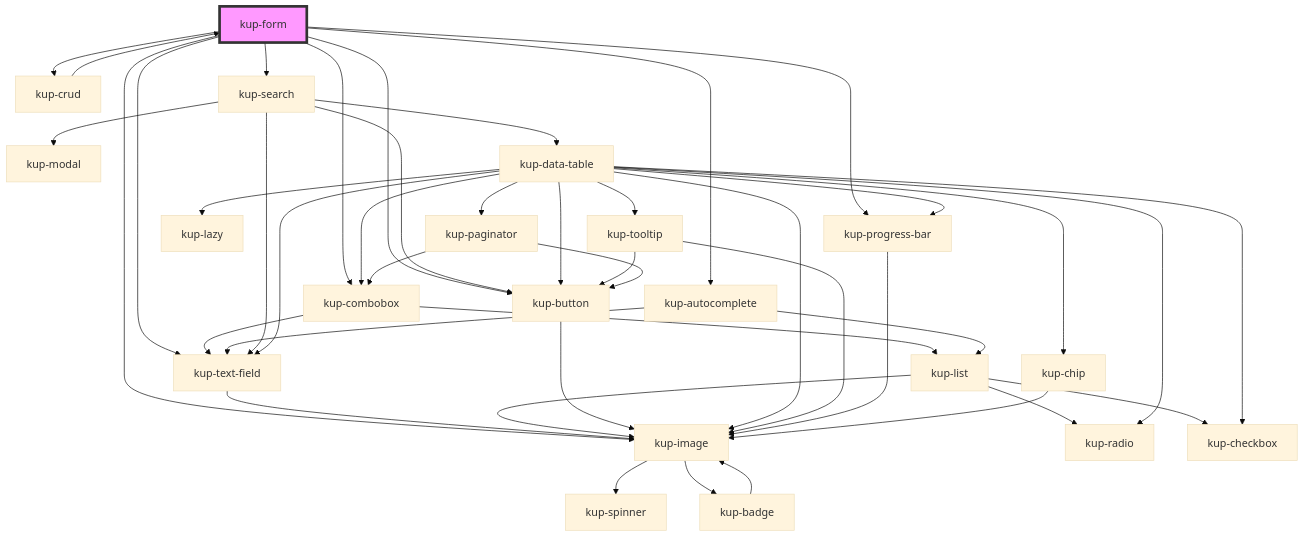
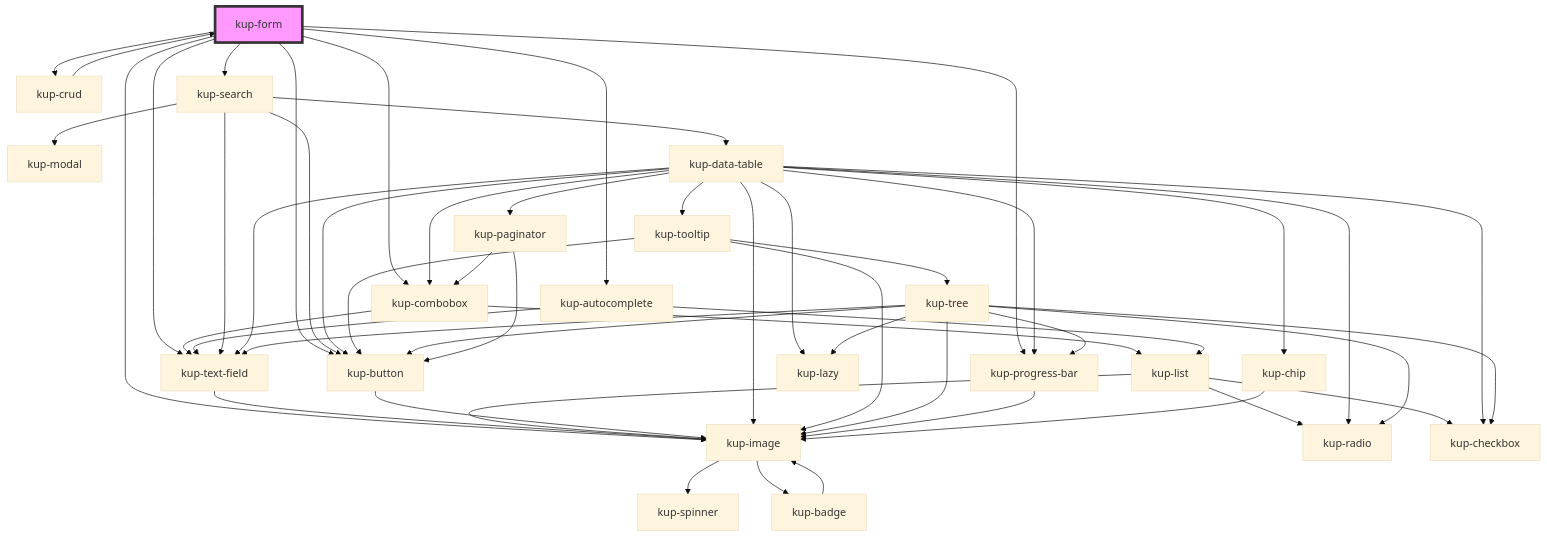
The diagram in packages/ketchup/src/components/kup-form/readme.md (smeup/ketchup), drawn with Mermaid (base theme) before and after one commit. The commit also changed 10 other files, not shown here.

Commit message:
kup-tooltip: managed one component for data table, manage showing cell options

````diff
--- a/packages/ketchup/src/components/kup-form/readme.md
+++ b/packages/ketchup/src/components/kup-form/readme.md
@@ -131,46 +131,54 @@
 ```mermaid
 graph TD;
   kup-form --> kup-combobox
   kup-form --> kup-crud
   kup-form --> kup-autocomplete
   kup-form --> kup-search
   kup-form --> kup-image
   kup-form --> kup-progress-bar
   kup-form --> kup-text-field
   kup-form --> kup-button
   kup-combobox --> kup-text-field
   kup-combobox --> kup-list
   kup-text-field --> kup-image
   kup-image --> kup-spinner
   kup-image --> kup-badge
   kup-badge --> kup-image
   kup-list --> kup-image
   kup-list --> kup-radio
   kup-list --> kup-checkbox
   kup-crud --> kup-form
   kup-button --> kup-image
   kup-autocomplete --> kup-text-field
   kup-autocomplete --> kup-list
   kup-search --> kup-text-field
   kup-search --> kup-button
   kup-search --> kup-modal
   kup-search --> kup-data-table
   kup-data-table --> kup-checkbox
   kup-data-table --> kup-button
   kup-data-table --> kup-image
   kup-data-table --> kup-text-field
   kup-data-table --> kup-tooltip
   kup-data-table --> kup-lazy
   kup-data-table --> kup-progress-bar
   kup-data-table --> kup-radio
   kup-data-table --> kup-paginator
   kup-data-table --> kup-combobox
   kup-data-table --> kup-chip
   kup-tooltip --> kup-button
   kup-tooltip --> kup-image
+  kup-tooltip --> kup-tree
+  kup-tree --> kup-button
+  kup-tree --> kup-lazy
+  kup-tree --> kup-checkbox
+  kup-tree --> kup-image
+  kup-tree --> kup-progress-bar
+  kup-tree --> kup-radio
+  kup-tree --> kup-text-field
   kup-progress-bar --> kup-image
   kup-paginator --> kup-button
   kup-paginator --> kup-combobox
   kup-chip --> kup-image
   style kup-form fill:#f9f,stroke:#333,stroke-width:4px
 ```
````
